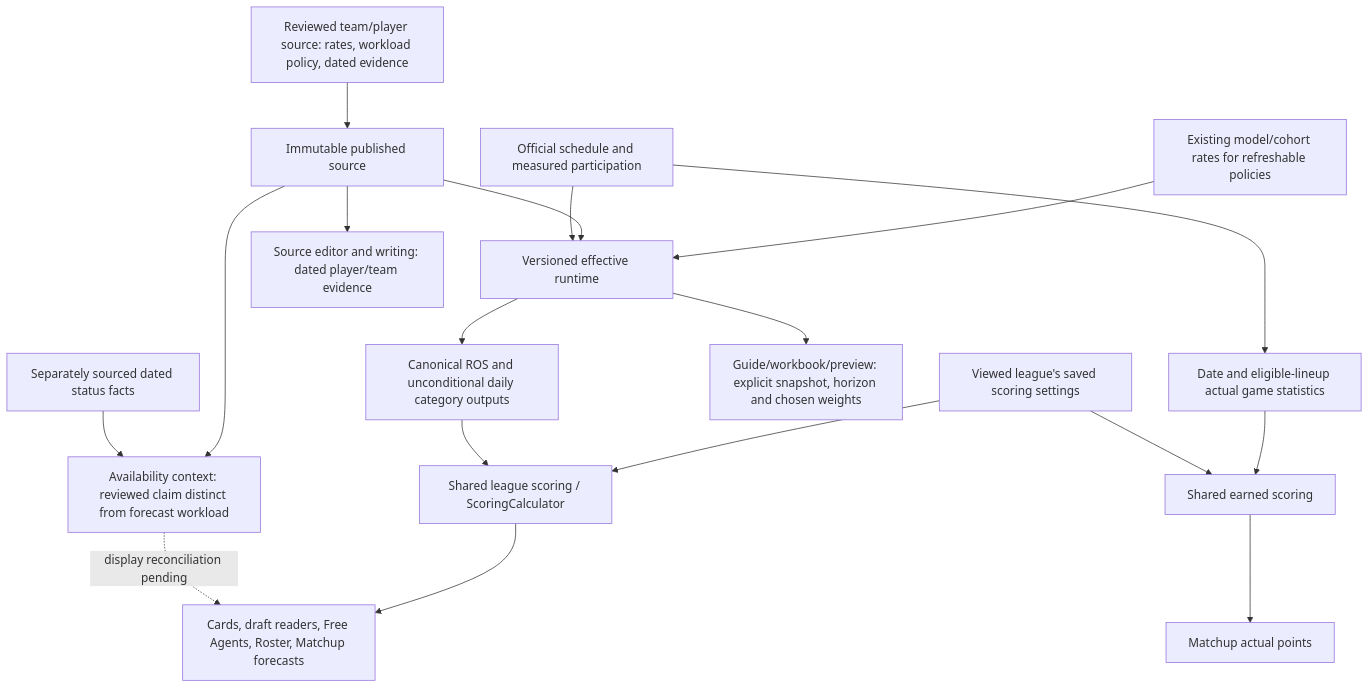
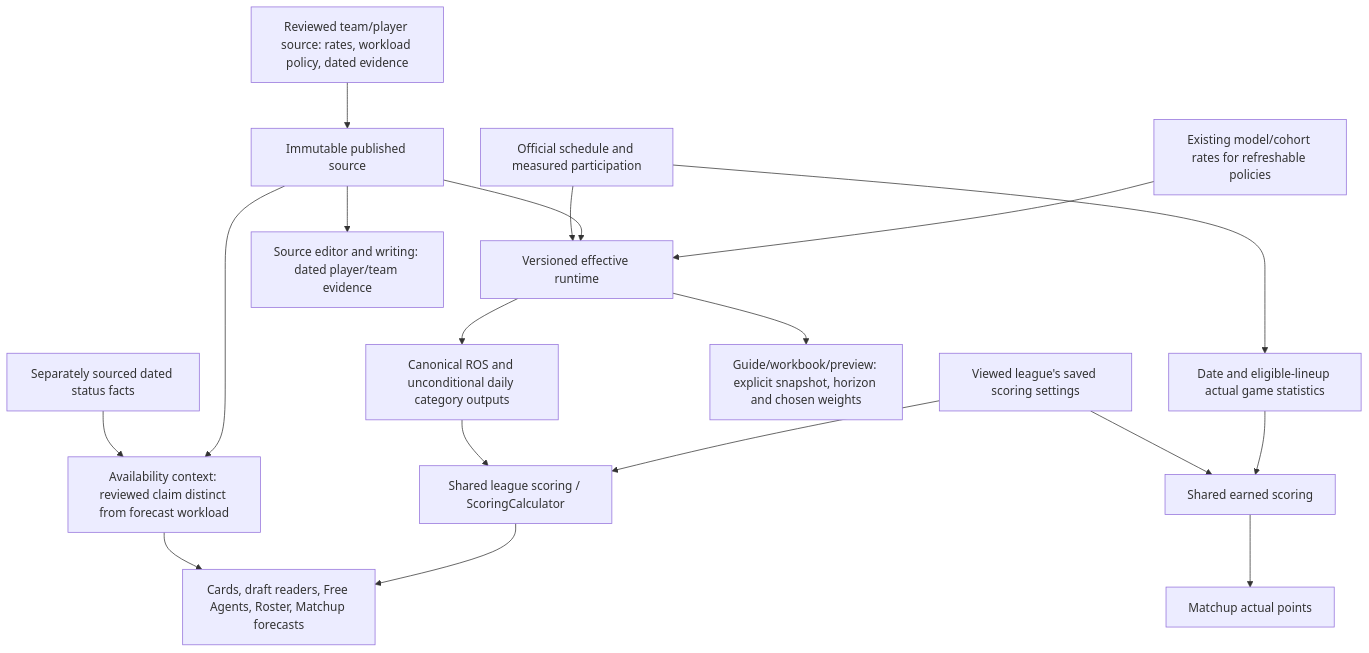
The diagram in scripts/ops/projection-retirement/CUTOVER.md (Gstormsfh/citrus-league-storm-main), drawn with Mermaid before and after one commit. The commit also changed other lines of this file and 4 other files, not shown here.

````diff
--- a/scripts/ops/projection-retirement/CUTOVER.md
+++ b/scripts/ops/projection-retirement/CUTOVER.md
@@ -9,20 +22,20 @@
 ```mermaid
 flowchart TD
   R[Reviewed team/player source: rates, workload policy, dated evidence] --> C[Immutable published source]
   M[Existing model/cohort rates for refreshable policies] --> P[Versioned effective runtime]
   C --> P
   F[Official schedule and measured participation] --> P
   P --> O[Canonical ROS and unconditional daily category outputs]
   L[Viewed league's saved scoring settings] --> S[Shared league scoring / ScoringCalculator]
   O --> S
   S --> U[Cards, draft readers, Free Agents, Roster, Matchup forecasts]
   F --> A[Date and eligible-lineup actual game statistics]
   A --> E[Shared earned scoring]
   L --> E
   E --> V[Matchup actual points]
   P --> X[Guide/workbook/preview: explicit snapshot, horizon and chosen weights]
   C --> W[Source editor and writing: dated player/team evidence]
   C --> D[Availability context: reviewed claim distinct from forecast workload]
   H[Separately sourced dated status facts] --> D
-  D -. display reconciliation pending .-> U
+  D --> U
 ```
````
